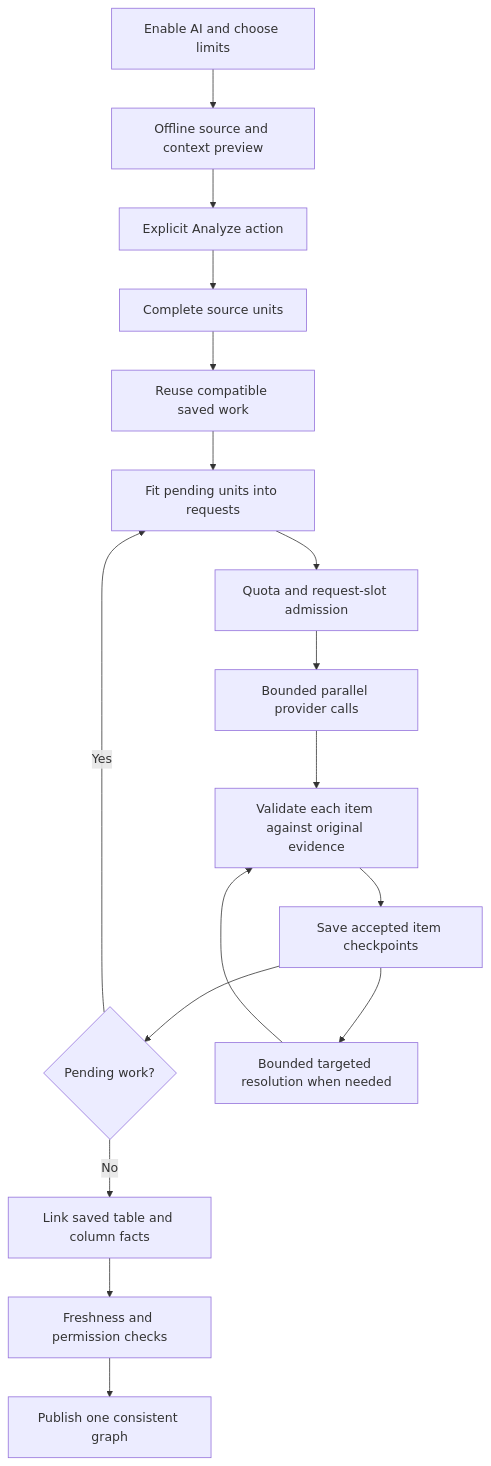
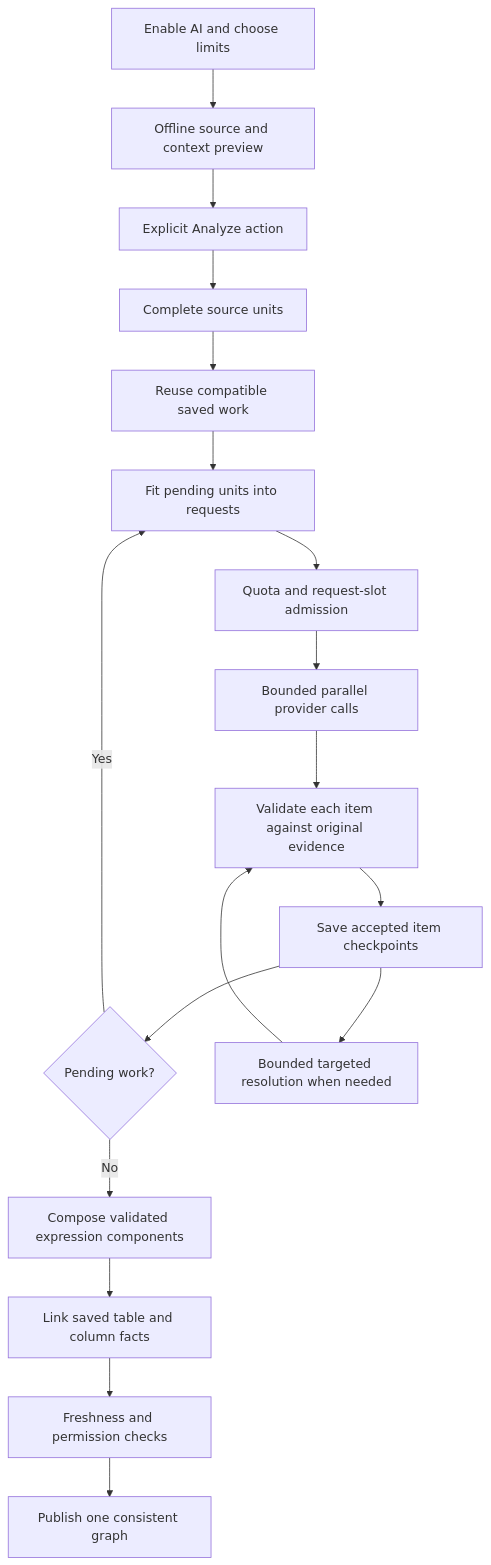
One commit to SahasilAK/GraveTrail changed the diagram in docs/user-guide/ai-analysis-flow.md. Above: the diagram before and after it, drawn with Mermaid. The commit also changed other lines of this file and 52 other files, not shown here.

````diff
--- a/docs/user-guide/ai-analysis-flow.md
+++ b/docs/user-guide/ai-analysis-flow.md
@@ -7,19 +7,20 @@
 ```mermaid
 flowchart TD
     A[Enable AI and choose limits] --> B[Offline source and context preview]
     B --> C[Explicit Analyze action]
     C --> D[Complete source units]
     D --> E[Reuse compatible saved work]
     E --> F[Fit pending units into requests]
     F --> G[Quota and request-slot admission]
     G --> H[Bounded parallel provider calls]
     H --> I[Validate each item against original evidence]
     I --> J[Save accepted item checkpoints]
     J --> K{Pending work?}
     K -->|Yes| F
-    K -->|No| L[Link saved table and column facts]
+    K -->|No| P[Compose validated expression components]
+    P --> L[Link saved table and column facts]
     J --> M[Bounded targeted resolution when needed]
     M --> I
     L --> N[Freshness and permission checks]
     N --> O[Publish one consistent graph]
 ```
````
